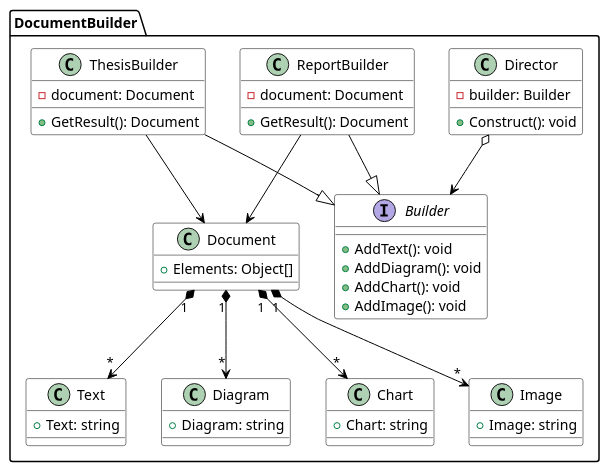
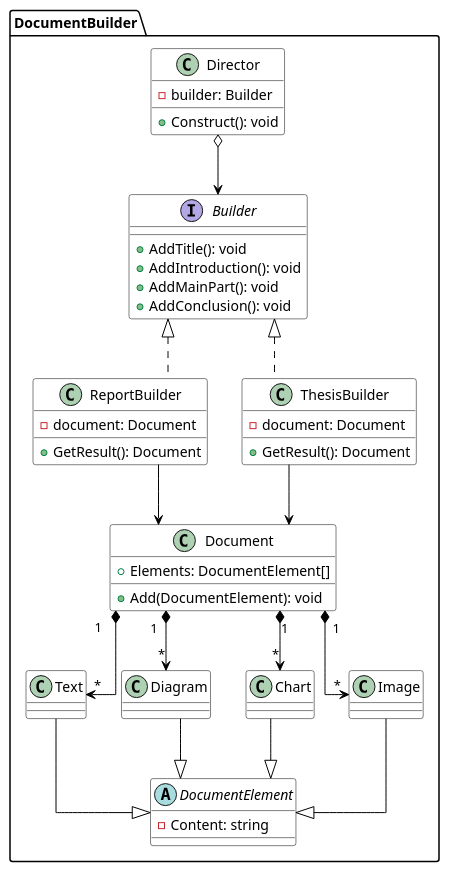
One commit to rovany706/design-patterns changed the diagram in Builder/docs/img/Task_CD.puml. Above: the diagram before and after it, drawn with PlantUML. The commit also changed 23 other files, not shown here.

```diff
--- a/Builder/docs/img/Task_CD.puml
+++ b/Builder/docs/img/Task_CD.puml
@@ -1,65 +1,73 @@
 @startuml
 package "DocumentBuilder" {
     skinparam class {
         BackgroundColor White
         ArrowColor Black
         BorderColor Black
+        linetype polyline
     }
+    skinparam linetype ortho
 
     class Director {
         -builder: Builder
 
         +Construct(): void
     }
 
     interface Builder {
-        +AddText(): void
-        +AddDiagram(): void
-        +AddChart(): void
-        +AddImage(): void
+        +AddTitle(): void
+        +AddIntroduction(): void
+        +AddMainPart(): void
+        +AddConclusion(): void
+    }
+
+    abstract class DocumentElement {
+        -Content: string
     }
 
     class Document {
-        +Elements: Object[]
+        +Elements: DocumentElement[]
+
+        +Add(DocumentElement): void
     }
 
     class Text {
-        +Text: string
     }
 
     class Diagram {
-        +Diagram: string
     }
 
     class Chart {
-        +Chart: string
     }
 
     class Image {
-        +Image: string
     }
 
     class ReportBuilder {
         -document: Document
 
         +GetResult(): Document
     }
 
     class ThesisBuilder {
         -document: Document
 
         +GetResult(): Document
     }
 
     Director o--> Builder
-    ReportBuilder --|> Builder
-    ThesisBuilder --|> Builder
+    Builder <|.down. ThesisBuilder
+    Builder <|.down. ReportBuilder
     ReportBuilder --> Document
     ThesisBuilder --> Document
     Document "1" *--> "*" Text
     Document "1" *--> "*" Diagram
     Document "1" *--> "*" Chart
     Document "1" *--> "*" Image
+    Text --|> DocumentElement
+    Diagram --|> DocumentElement
+    Chart --|> DocumentElement
+    Image --|> DocumentElement
 }
 
 @enduml
```
